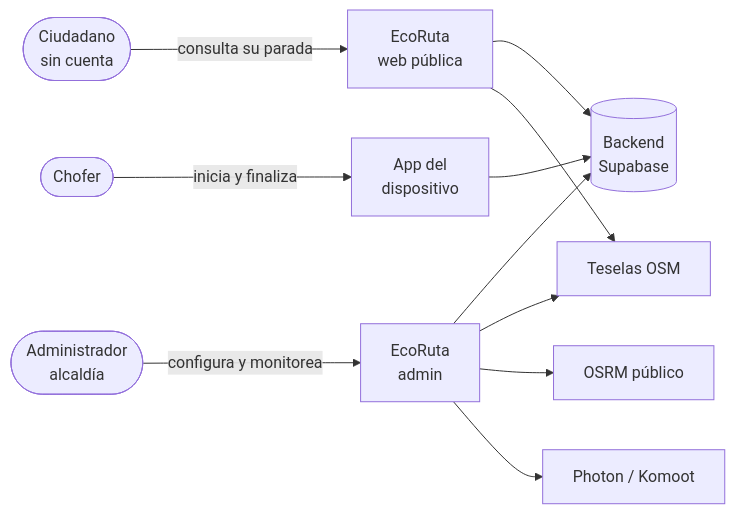
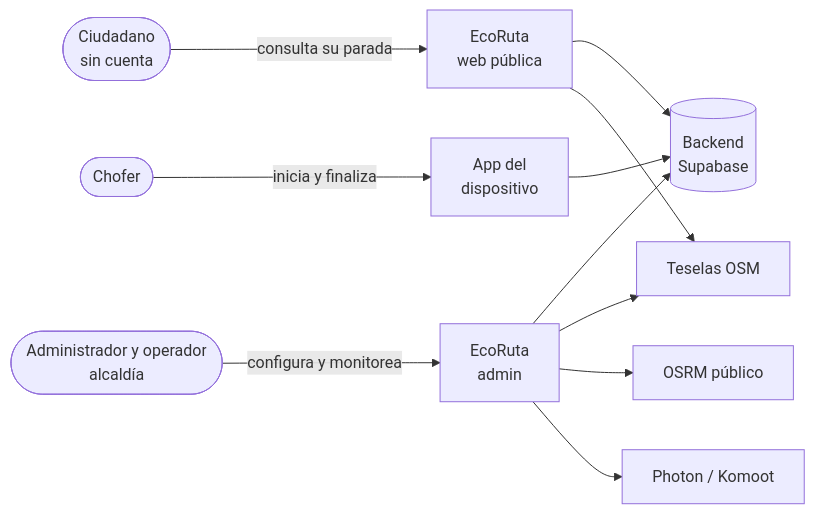
The first of 3 diagrams in docs/04-arquitectura/README.md (gabymurillas/eco-ruta), drawn with Mermaid before and after one commit. The commit also changed other lines of this file and 50 other files, not shown here.

````diff
--- a/docs/04-arquitectura/README.md
+++ b/docs/04-arquitectura/README.md
@@ -21,10 +21,10 @@
 ```mermaid
 flowchart LR
   C([Ciudadano<br/>sin cuenta]) -->|consulta su parada| W[EcoRuta<br/>web pública]
-  A([Administrador<br/>alcaldía]) -->|configura y monitorea| P[EcoRuta<br/>admin]
+  A([Administrador y operador<br/>alcaldía]) -->|configura y monitorea| P[EcoRuta<br/>admin]
   CH([Chofer]) -->|inicia y finaliza| D[App del<br/>dispositivo]
   W & P & D --> B[(Backend<br/>Supabase)]
   W & P --> OSM[Teselas OSM]
   P --> OSRM[OSRM público]
   P --> PH[Photon / Komoot]
 ```
````
